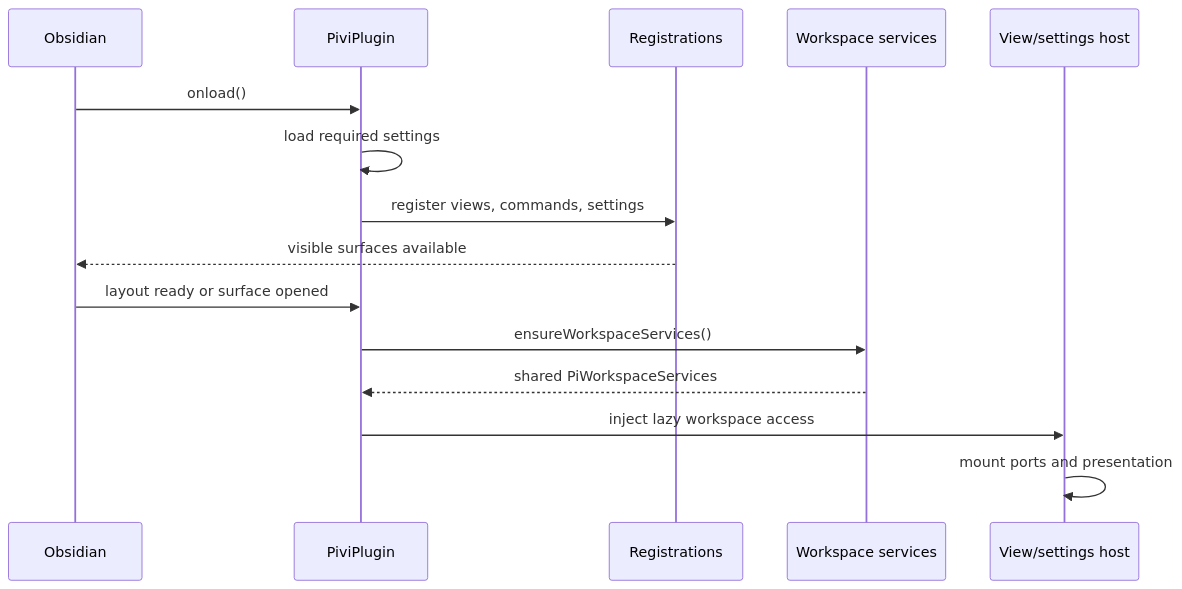
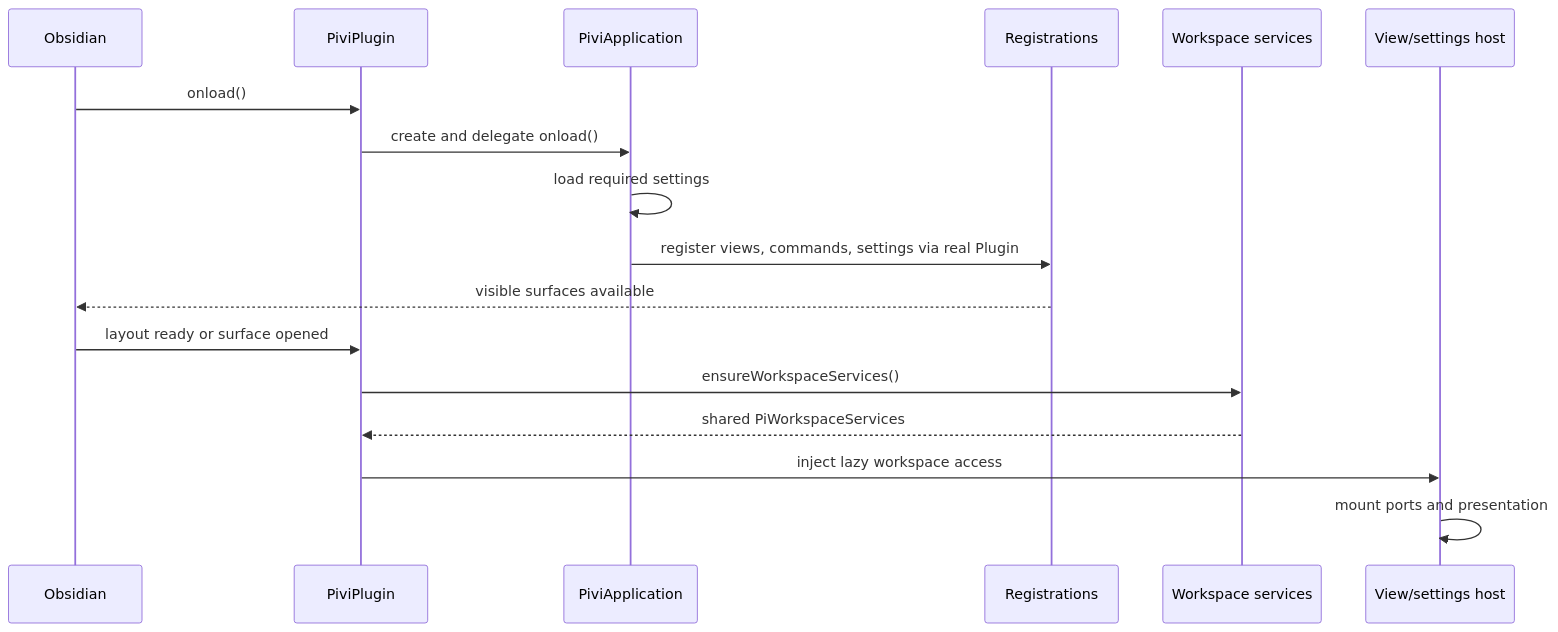
The first of 3 diagrams in docs/03-plugin-lifecycle-and-composition.md (shuuul/obsidian-pivi), drawn with Mermaid before and after one commit. The commit also changed other lines of this file and 31 other files, not shown here.

First line of the commit message:
refactor: extract Pivi application facades (#109)

````diff
--- a/docs/03-plugin-lifecycle-and-composition.md
+++ b/docs/03-plugin-lifecycle-and-composition.md
@@ -9,17 +9,19 @@
 ```mermaid
 sequenceDiagram
   participant O as Obsidian
   participant P as PiviPlugin
+  participant A as PiviApplication
   participant R as Registrations
   participant W as Workspace services
   participant V as View/settings host
   O->>P: onload()
-  P->>P: load required settings
-  P->>R: register views, commands, settings
+  P->>A: create and delegate onload()
+  A->>A: load required settings
+  A->>R: register views, commands, settings via real Plugin
   R-->>O: visible surfaces available
   O->>P: layout ready or surface opened
   P->>W: ensureWorkspaceServices()
   W-->>P: shared PiWorkspaceServices
   P->>V: inject lazy workspace access
   V->>V: mount ports and presentation
 ```
````
